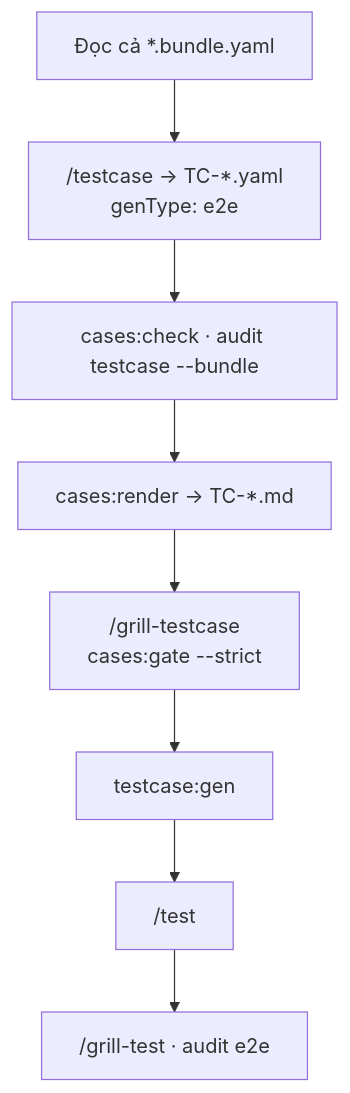
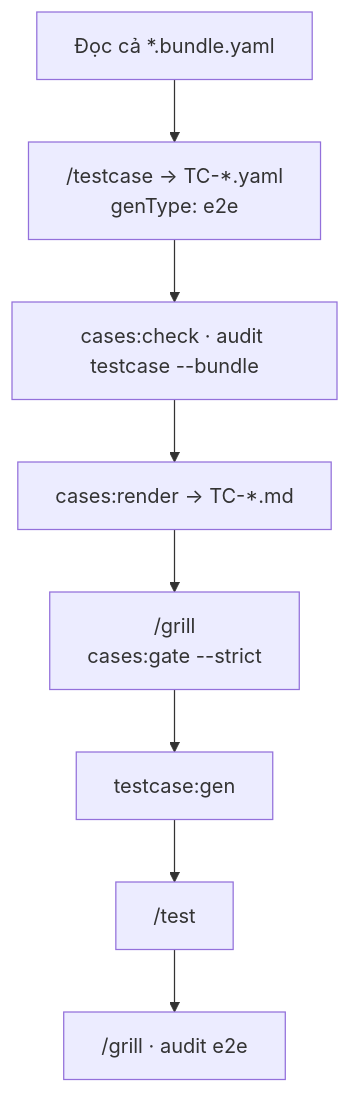
Before and after one commit to ShanYuCoder/Doc-CoSquad: the third of 5 diagrams in vi/workflows/test.md, drawn with Mermaid. The commit also changed other lines of this file and 302 other files, not shown here.

````diff
--- a/vi/workflows/test.md
+++ b/vi/workflows/test.md
@@ -147,13 +146,13 @@
 ```mermaid
 flowchart TD
   B["Đọc cả *.bundle.yaml"]
   TC["/testcase → TC-*.yaml\ngenType: e2e"]
   CHK["cases:check · audit testcase --bundle"]
   REN["cases:render → TC-*.md"]
-  GTG["/grill-testcase\ncases:gate --strict"]
+  GTG["/grill\ncases:gate --strict"]
   GEN["testcase:gen"]
   T["/test"]
-  GT["/grill-test · audit e2e"]
+  GT["/grill · audit e2e"]
 
   B --> TC --> CHK --> REN --> GTG --> GEN --> T --> GT
 ```
````
